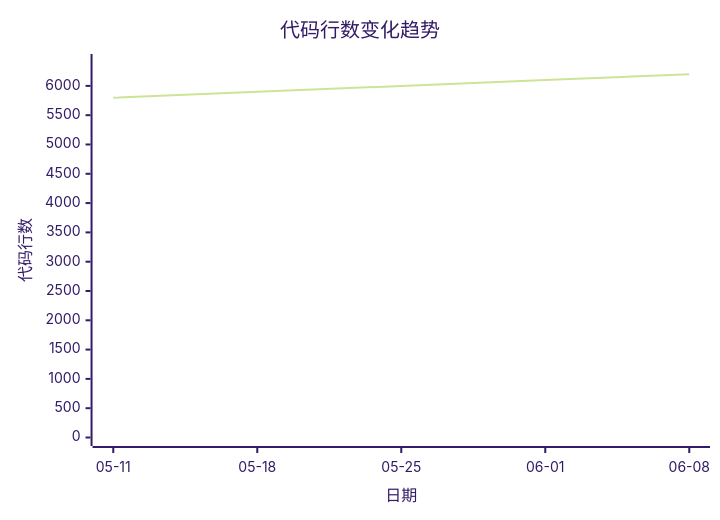
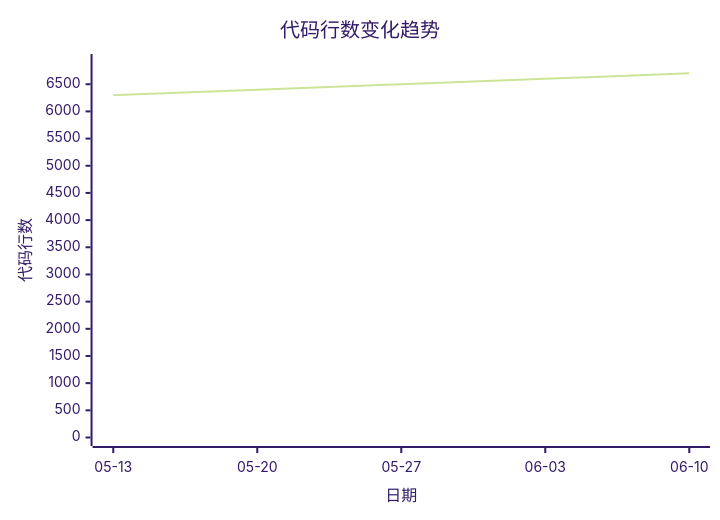
One commit to Lelouch-7/Legacy-Code-Analyzer-and-Optimizer changed the sixth of 12 diagrams in legacy-code-analyzer/self-evaluation-report.md. Above: the diagram before and after it, drawn with Mermaid (forest theme). The commit also changed other lines of this file and 10 other files, not shown here.

````diff
--- a/legacy-code-analyzer/self-evaluation-report.md
+++ b/legacy-code-analyzer/self-evaluation-report.md
@@ -192,7 +188,7 @@
 ```mermaid
 xychart-beta
     title "代码行数变化趋势"
-    x-axis "日期" ["05-11", "05-18", "05-25", "06-01", "06-08"]
-    y-axis "代码行数" 0 --> 6399
-    line [5799, 5899, 5999, 6099, 6199]
+    x-axis "日期" ["05-13", "05-20", "05-27", "06-03", "06-10"]
+    y-axis "代码行数" 0 --> 6900
+    line [6300, 6400, 6500, 6600, 6700]
 ```
````
